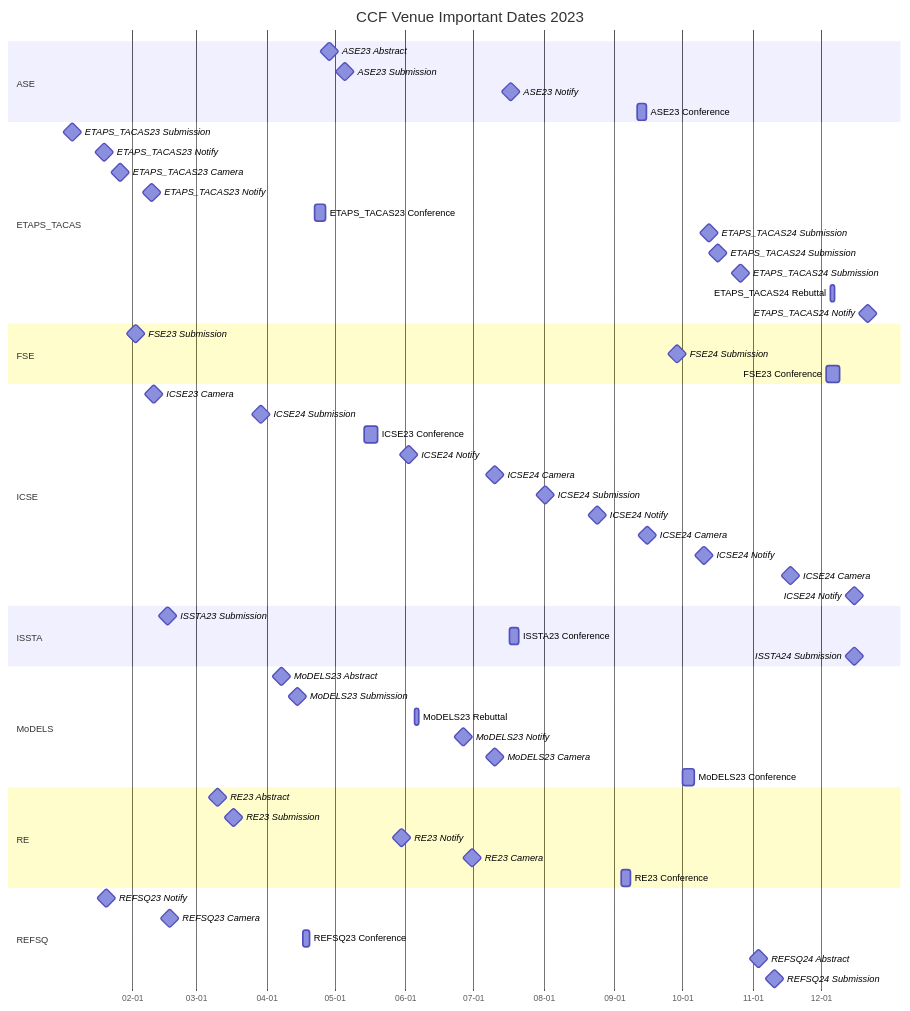
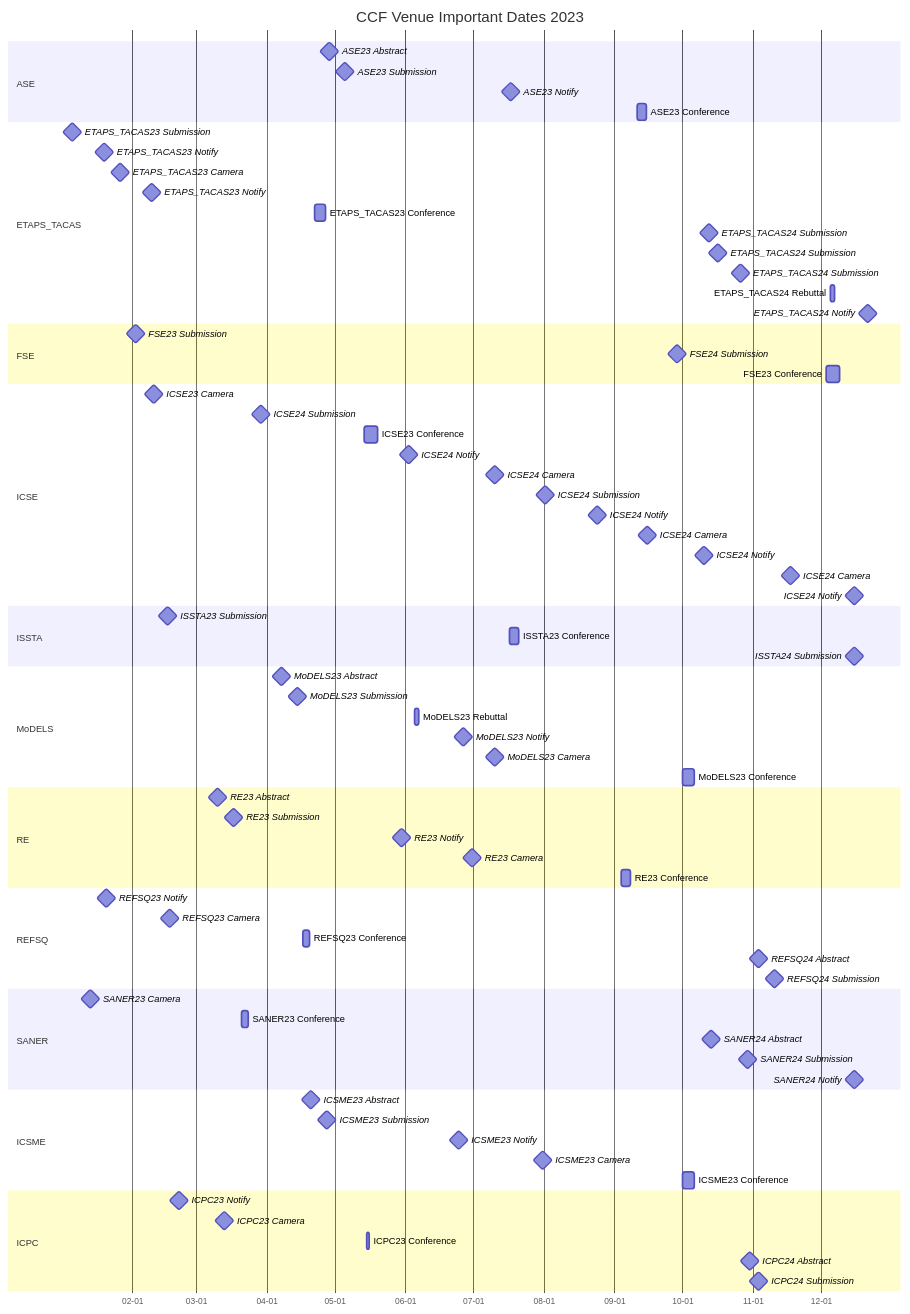
One commit to HansBug/research_ideas changed the sixth of 9 diagrams in ccf_venues/TIMELINE.md. Above: the diagram before and after it, drawn with Mermaid. The commit also changed other lines of this file and 36 other files, not shown here.

````diff
--- a/ccf_venues/TIMELINE.md
+++ b/ccf_venues/TIMELINE.md
@@ -797,4 +922,25 @@
   REFSQ24 Abstract :milestone, refsq_2023_4_20231103, 2023-11-03, 1d
   REFSQ24 Submission :milestone, refsq_2023_5_20231110, 2023-11-10, 1d
 
+  section SANER
+  SANER23 Camera :milestone, saner23_cam_20230113, 2023-01-13, 1d
+  SANER23 Conference :saner23_conf, 2023-03-21, 2023-03-24
+  SANER24 Abstract :milestone, saner24_abs_20231013, 2023-10-13, 1d
+  SANER24 Submission :milestone, saner24_sub_20231029, 2023-10-29, 1d
+  SANER24 Notify :milestone, saner24_not_20231215, 2023-12-15, 1d
+
+  section ICSME
+  ICSME23 Abstract :milestone, icsme23_abs_20230420, 2023-04-20, 1d
+  ICSME23 Submission :milestone, icsme23_sub_20230427, 2023-04-27, 1d
+  ICSME23 Notify :milestone, icsme23_not_20230624, 2023-06-24, 1d
+  ICSME23 Camera :milestone, icsme23_cam_20230731, 2023-07-31, 1d
+  ICSME23 Conference :icsme23_conf, 2023-10-01, 2023-10-06
+
+  section ICPC
+  ICPC23 Notify :milestone, icpc23_not_20230221, 2023-02-21, 1d
+  ICPC23 Camera :milestone, icpc23_cam_20230313, 2023-03-13, 1d
+  ICPC23 Conference :icpc23_conf, 2023-05-15, 2023-05-16
+  ICPC24 Abstract :milestone, icpc24_abs_20231030, 2023-10-30, 1d
+  ICPC24 Submission :milestone, icpc24_sub_20231103, 2023-11-03, 1d
+
 ```
````
